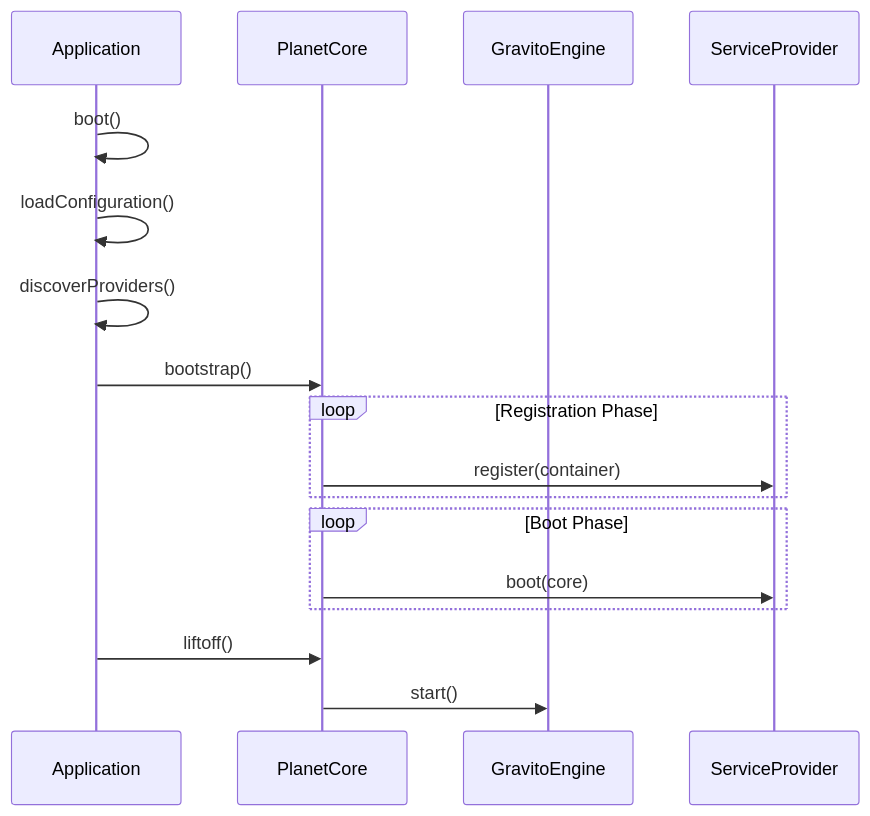
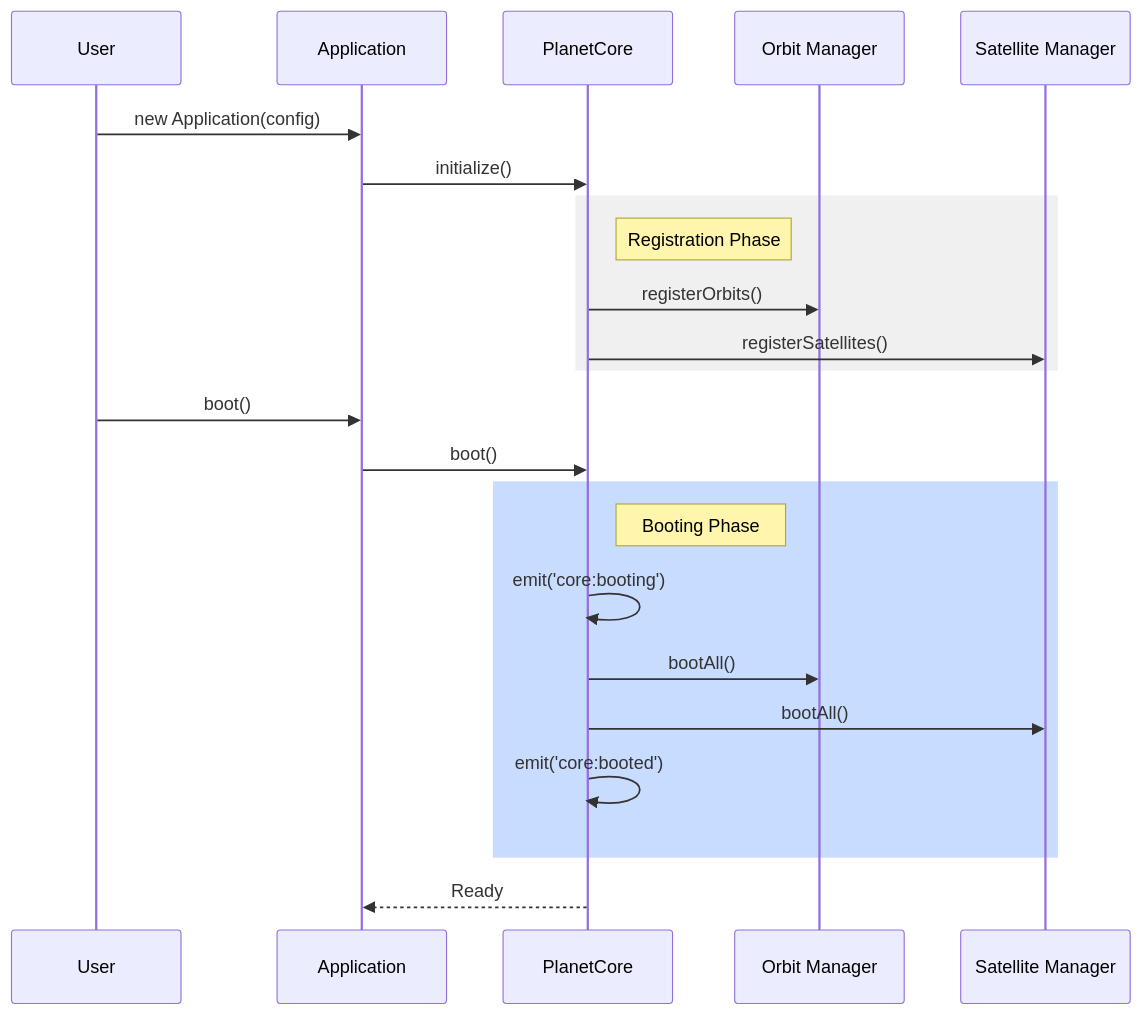
The diagram in docs/architecture/core.md (CarlLee1983/gravito), drawn with Mermaid before and after one commit. The commit also changed other lines of this file and 13 other files, not shown here.

Commit message:
fix(ci): fix linting error in stasis package.json and update architecture docs to pass validation

````diff
--- a/docs/architecture/core.md
+++ b/docs/architecture/core.md
@@ -74,24 +68,30 @@
 ```mermaid
 sequenceDiagram
+    participant User
     participant App as Application
     participant Core as PlanetCore
-    participant Engine as GravitoEngine
-    participant Provider as ServiceProvider
+    participant Orbits as Orbit Manager
+    participant Sats as Satellite Manager
+
+    User->>App: new Application(config)
+    App->>Core: initialize()
     
-    App->>App: boot()
-    App->>App: loadConfiguration()
-    App->>App: discoverProviders()
+    rect rgb(240, 240, 240)
+    Note right of Core: Registration Phase
+    Core->>Orbits: registerOrbits()
+    Core->>Sats: registerSatellites()
+    end
+
+    User->>App: boot()
+    App->>Core: boot()
     
-    App->>Core: bootstrap()
-    
-    loop Registration Phase
-        Core->>Provider: register(container)
+    rect rgb(200, 220, 255)
+    Note right of Core: Booting Phase
+    Core->>Core: emit('core:booting')
+    Core->>Orbits: bootAll()
+    Core->>Sats: bootAll()
+    Core->>Core: emit('core:booted')
     end
     
-    loop Boot Phase
-        Core->>Provider: boot(core)
-    end
-    
-    App->>Core: liftoff()
-    Core->>Engine: start()
+    Core-->>App: Ready
 ```
````
